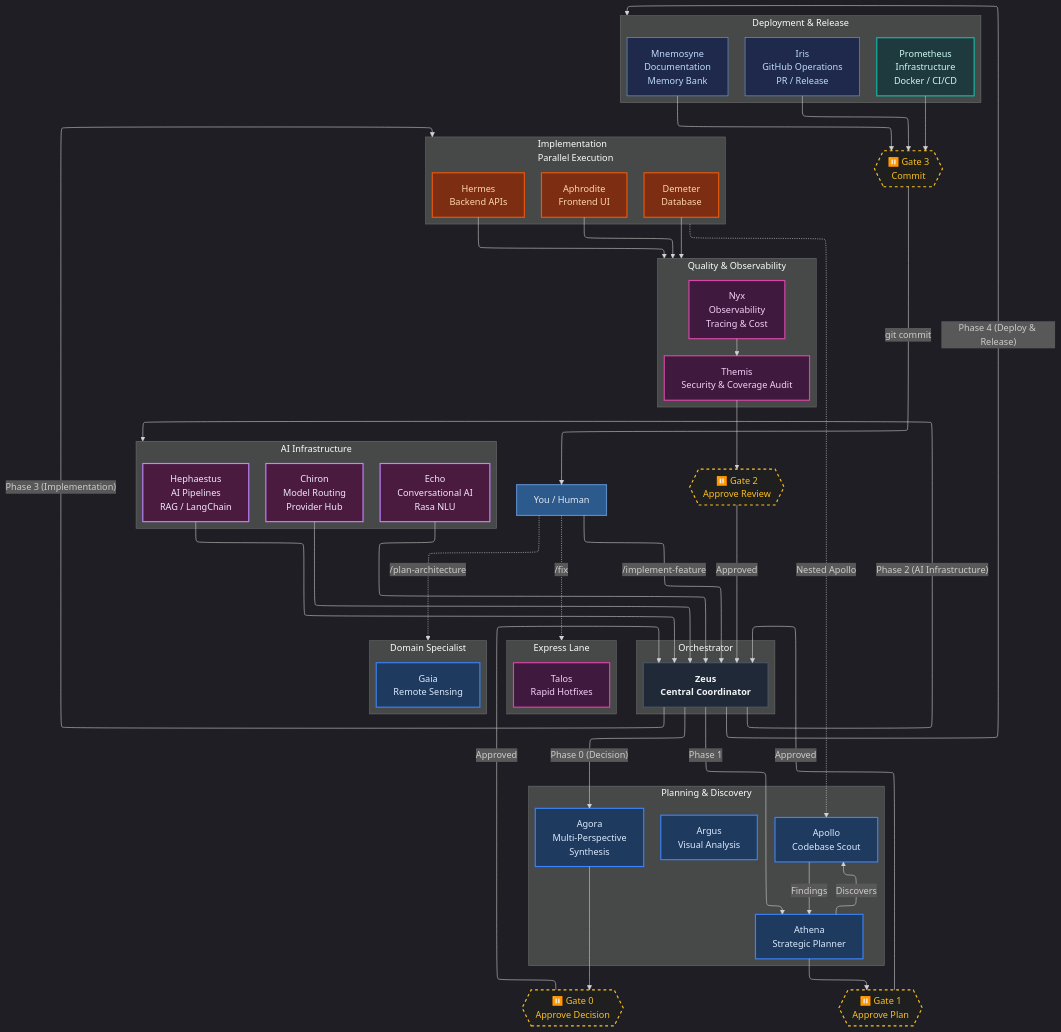
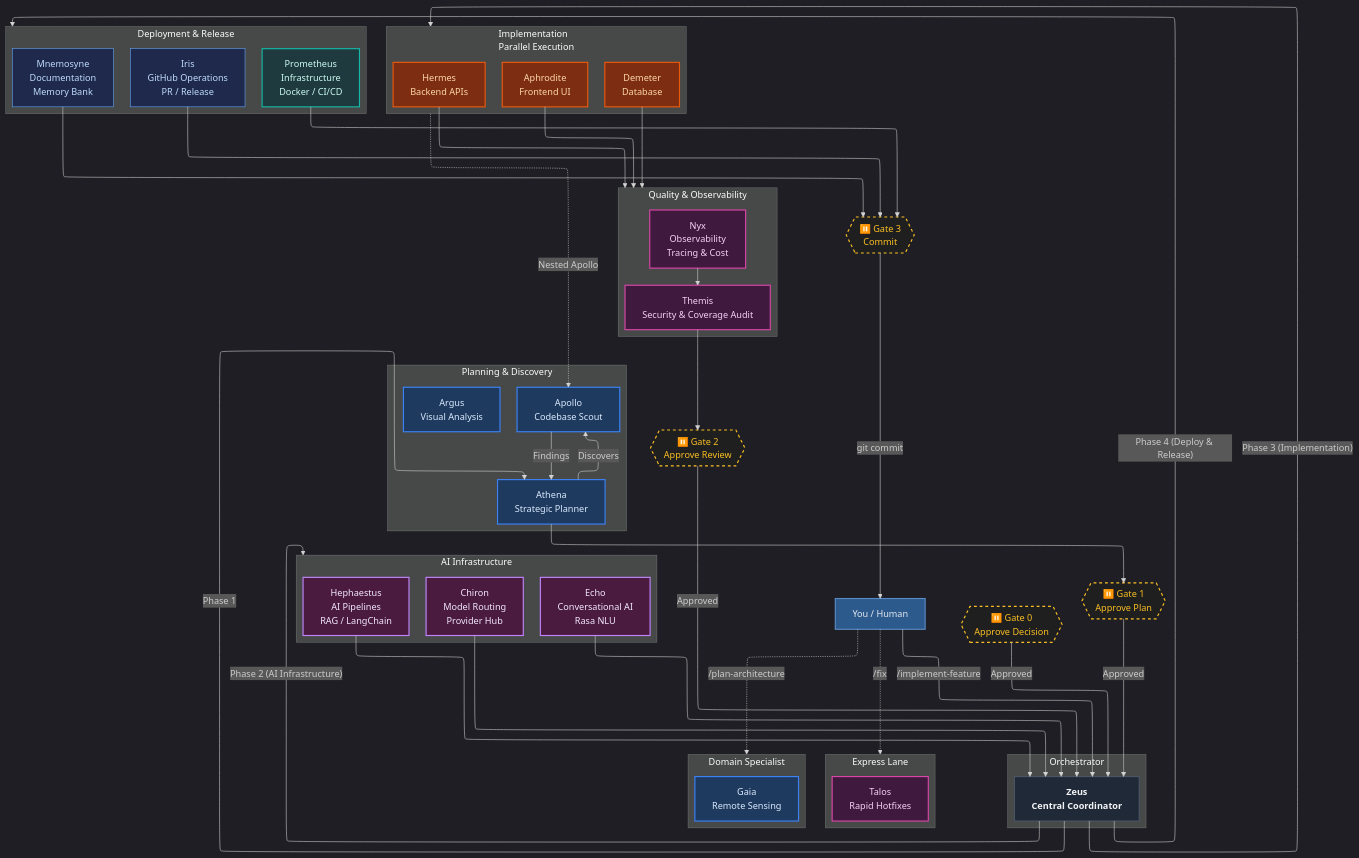
One commit to ils15/pantheon changed the first of 2 diagrams in README.md. Above: the diagram before and after it, drawn with Mermaid. The commit also changed other lines of this file and 97 other files, not shown here.

```diff
--- a/README.md
+++ b/README.md
@@ -104,7 +104,7 @@
     end
 
     subgraph Plan["Planning & Discovery"]
-        Agora["Agora<br/>Multi-Perspective<br/>Synthesis"]:::planner
+
         Athena["Athena<br/>Strategic Planner"]:::planner
         Apollo["Apollo<br/>Codebase Scout"]:::planner
         Argus["Argus<br/>Visual Analysis"]:::planner
@@ -142,8 +142,7 @@
     end
 
     User -->|"/implement-feature"| Zeus
-    Zeus -->|"Phase 0 (Decision)"| Agora
-    Agora --> Gate0
+
     Gate0 -->|Approved| Zeus
     Zeus -->|Phase 1| Athena
     Athena -->|Discovers| Apollo
```
